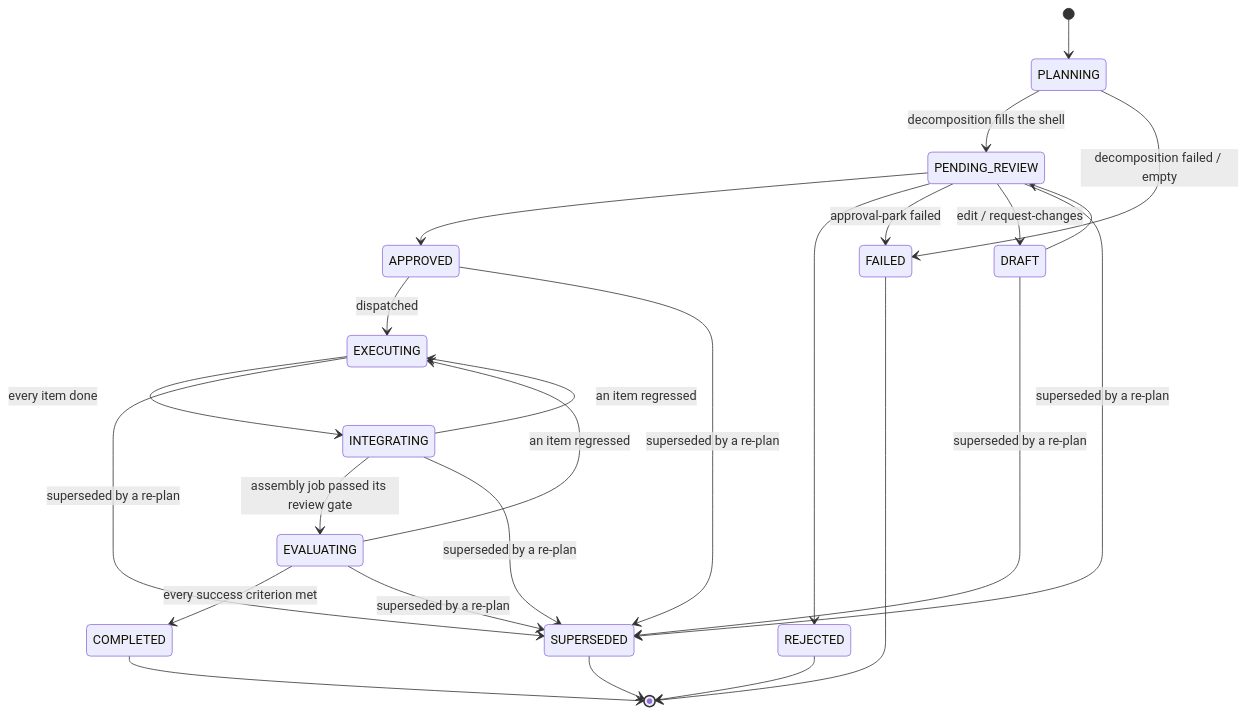
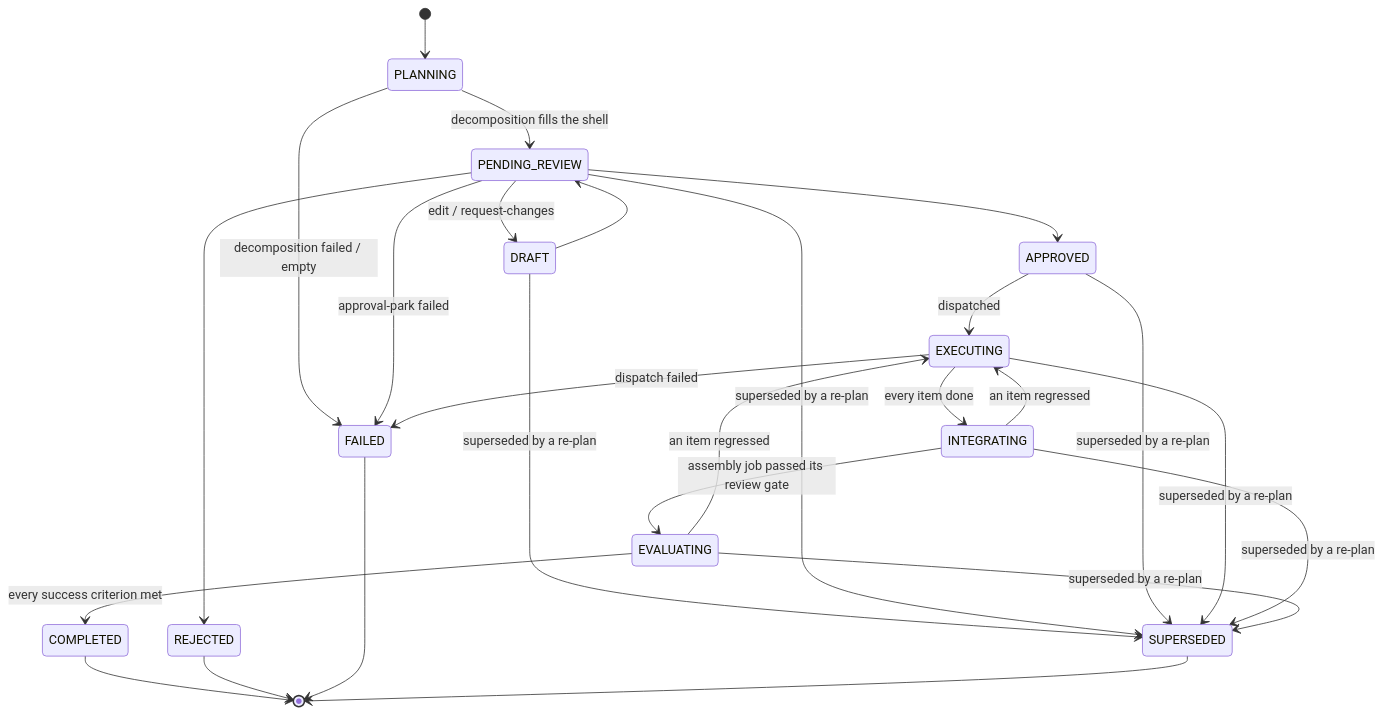
Before and after one commit to Aureliolo/synthorg: the diagram in docs/design/plan-review.md, drawn with Mermaid. The commit also changed other lines of this file and 4 other files, not shown here.

````diff
--- a/docs/design/plan-review.md
+++ b/docs/design/plan-review.md
@@ -77,27 +77,28 @@
 ```mermaid
 stateDiagram-v2
     [*] --> PLANNING
     PLANNING --> PENDING_REVIEW: decomposition fills the shell
     PLANNING --> FAILED: decomposition failed / empty
     DRAFT --> PENDING_REVIEW
     PENDING_REVIEW --> APPROVED
     PENDING_REVIEW --> REJECTED
     PENDING_REVIEW --> FAILED: approval-park failed
     PENDING_REVIEW --> DRAFT: edit / request-changes
     DRAFT --> SUPERSEDED: superseded by a re-plan
     PENDING_REVIEW --> SUPERSEDED: superseded by a re-plan
     APPROVED --> EXECUTING: dispatched
     APPROVED --> SUPERSEDED: superseded by a re-plan
     EXECUTING --> INTEGRATING: every item done
+    EXECUTING --> FAILED: dispatch failed
     EXECUTING --> SUPERSEDED: superseded by a re-plan
     INTEGRATING --> EVALUATING: assembly job passed its review gate
     INTEGRATING --> EXECUTING: an item regressed
     INTEGRATING --> SUPERSEDED: superseded by a re-plan
     EVALUATING --> COMPLETED: every success criterion met
     EVALUATING --> EXECUTING: an item regressed
     EVALUATING --> SUPERSEDED: superseded by a re-plan
     COMPLETED --> [*]
     REJECTED --> [*]
     FAILED --> [*]
     SUPERSEDED --> [*]
 ```
````
